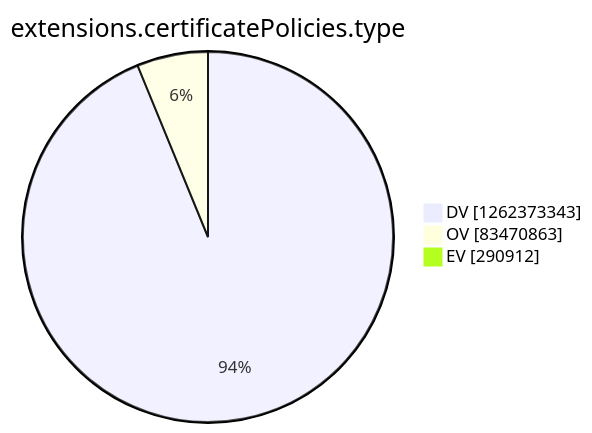
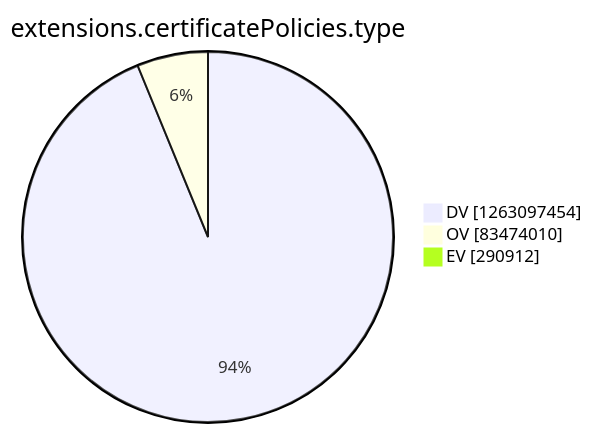
Before and after one commit to christiankrug/ctmonitor_visualization: the tenth of 15 diagrams in argon2022/README.md, drawn with Mermaid. The commit also changed other lines of this file, not shown here.

````diff
--- a/argon2022/README.md
+++ b/argon2022/README.md
@@ -2771,7 +2771,7 @@
 ```mermaid
 pie showData
 title extensions.certificatePolicies.type
-"DV" :1262373343
-"OV" :83470863
+"DV" :1263097454
+"OV" :83474010
 "EV" :290912
 ```
````
